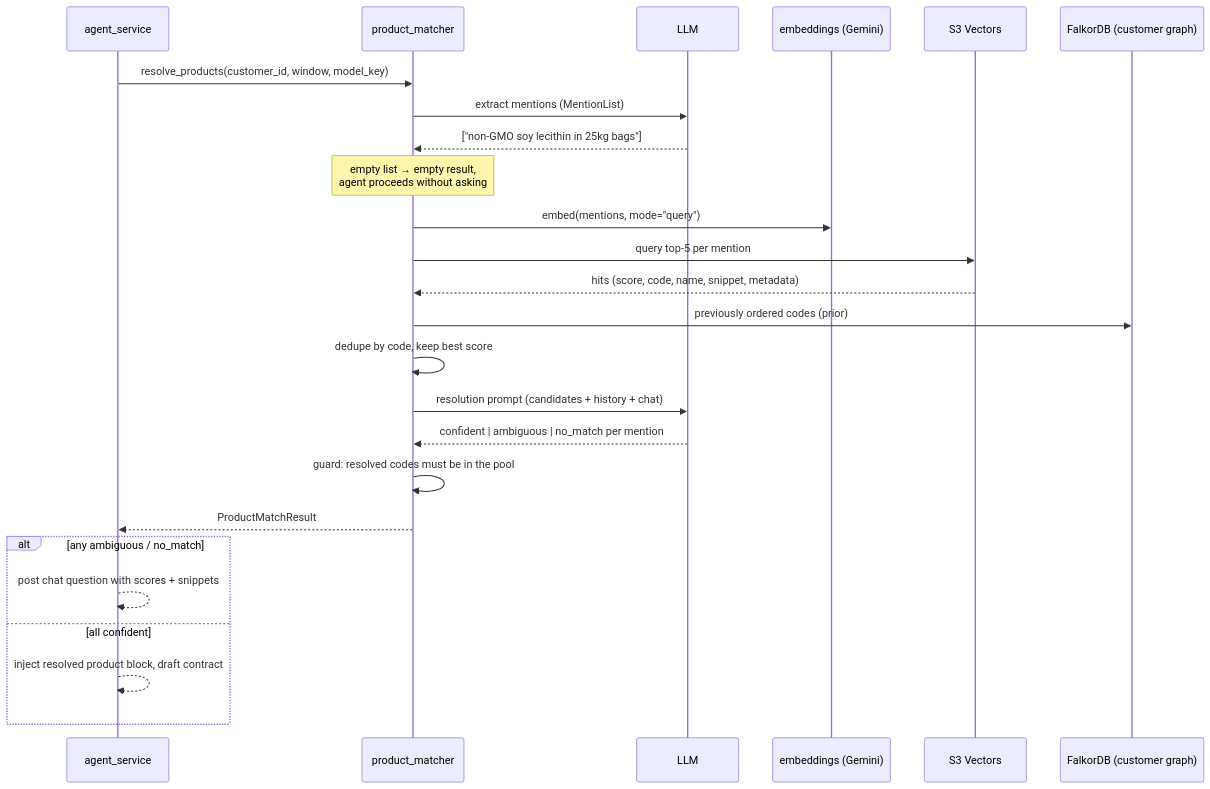
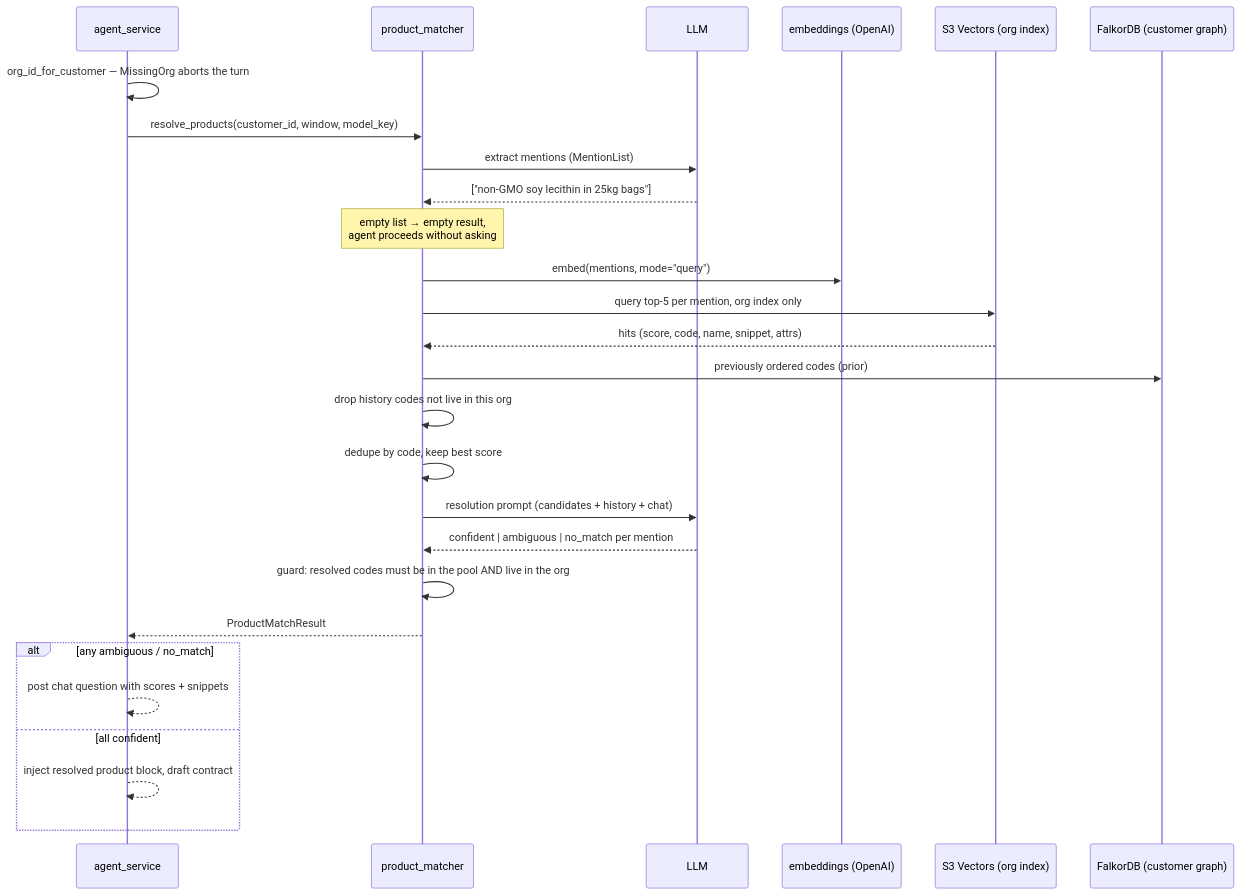
Before and after one commit to pranav-tractus/harness_agents: the third of 4 diagrams in docs/embeddings-and-vector-search.md, drawn with Mermaid. The commit also changed other lines of this file and 51 other files, not shown here.

````diff
--- a/docs/embeddings-and-vector-search.md
+++ b/docs/embeddings-and-vector-search.md
@@ -127,28 +218,30 @@
 ```mermaid
 sequenceDiagram
   participant A as agent_service
   participant M as product_matcher
   participant L as LLM
-  participant E as embeddings (Gemini)
-  participant V as S3 Vectors
+  participant E as embeddings (OpenAI)
+  participant V as S3 Vectors (org index)
   participant F as FalkorDB (customer graph)
 
+  A->>A: org_id_for_customer — MissingOrg aborts the turn
   A->>M: resolve_products(customer_id, window, model_key)
   M->>L: extract mentions (MentionList)
   L-->>M: ["non-GMO soy lecithin in 25kg bags"]
   Note over M: empty list → empty result,<br/>agent proceeds without asking
   M->>E: embed(mentions, mode="query")
-  M->>V: query top-5 per mention
-  V-->>M: hits (score, code, name, snippet, metadata)
+  M->>V: query top-5 per mention, org index only
+  V-->>M: hits (score, code, name, snippet, attrs)
   M->>F: previously ordered codes (prior)
+  M->>M: drop history codes not live in this org
   M->>M: dedupe by code, keep best score
   M->>L: resolution prompt (candidates + history + chat)
   L-->>M: confident | ambiguous | no_match per mention
-  M->>M: guard: resolved codes must be in the pool
+  M->>M: guard: resolved codes must be in the pool AND live in the org
   M-->>A: ProductMatchResult
   alt any ambiguous / no_match
     A-->>A: post chat question with scores + snippets
   else all confident
     A-->>A: inject resolved product block, draft contract
   end
 ```
````
